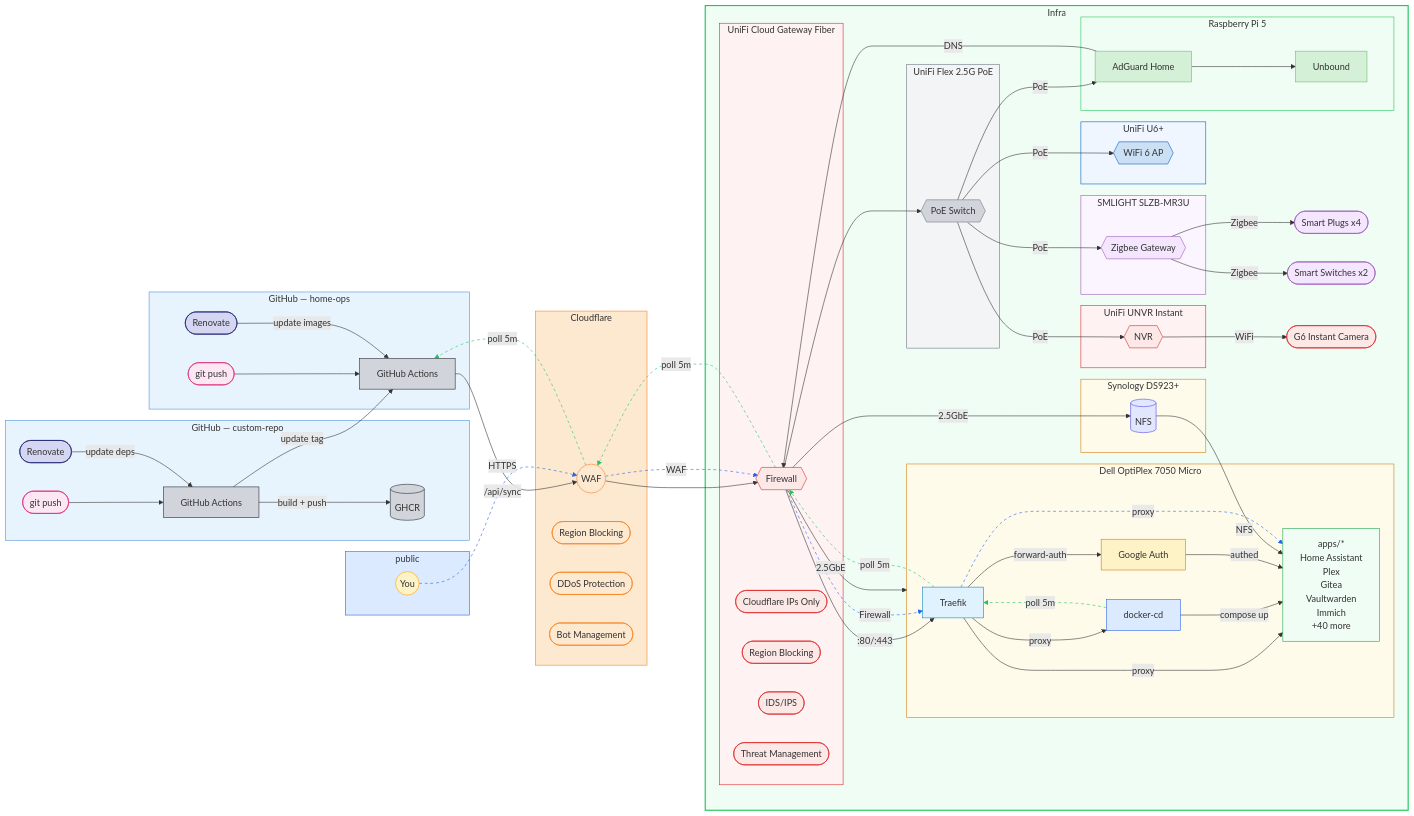
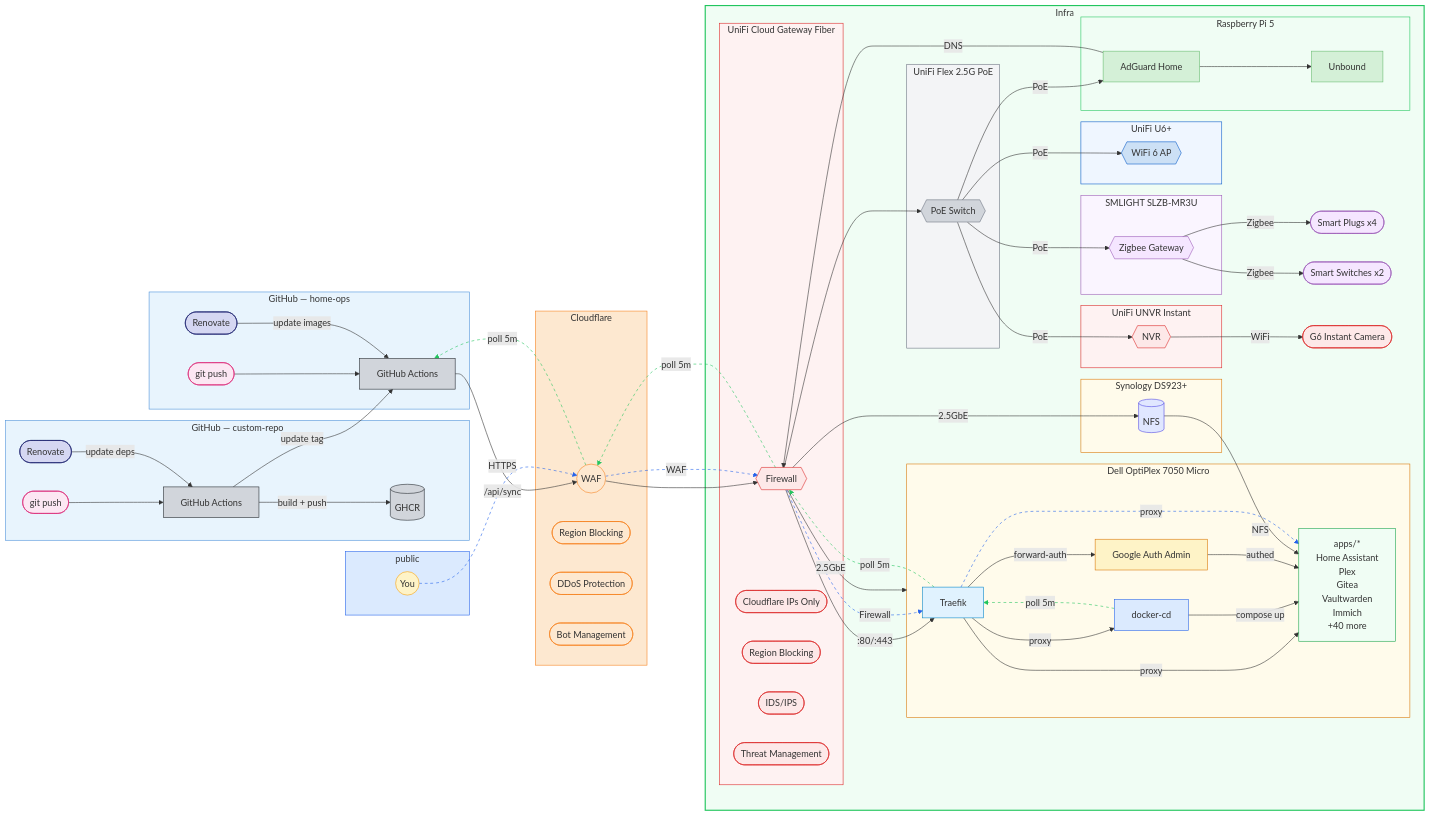
One commit to wajeht/home-ops changed the diagram in README.md. Above: the diagram before and after it, drawn with Mermaid. The commit also changed 39 other files, not shown here.

Commit message:
refactor(auth): rename google-auth to google-auth-admin

```diff
--- a/README.md
+++ b/README.md
@@ -47,7 +47,7 @@
         subgraph dell[Dell OptiPlex 7050 Micro]
             docker_cd[docker-cd] -->|compose up| apps
             traefik[Traefik] -->|proxy| docker_cd
-            traefik -->|forward-auth| google_auth[Google Auth] -->|authed| apps
+            traefik -->|forward-auth| google_auth_admin[Google Auth Admin] -->|authed| apps
 
             apps["apps/*
             Home Assistant
@@ -135,7 +135,7 @@
     style ap fill:#cce0f5,stroke:#0559c9,color:#333
     style traefik fill:#e0f2fe,stroke:#0284c7,color:#333
     style docker_cd fill:#dbeafe,stroke:#2563eb,color:#333
-    style google_auth fill:#fef3c7,stroke:#d97706,color:#333
+    style google_auth_admin fill:#fef3c7,stroke:#d97706,color:#333
     style apps fill:#f0fdf4,stroke:#16a34a,color:#333
     style nfs fill:#e0e7ff,stroke:#4f46e5,color:#333
     classDef trigger fill:#fce7f3,stroke:#db2777,color:#333
```
